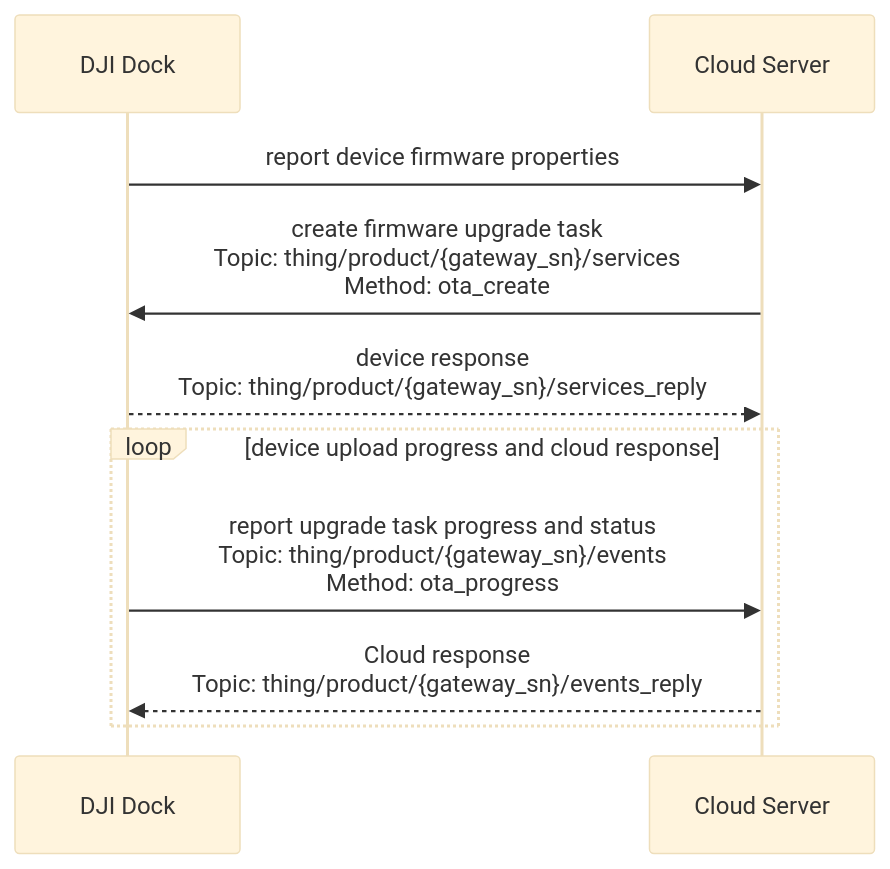
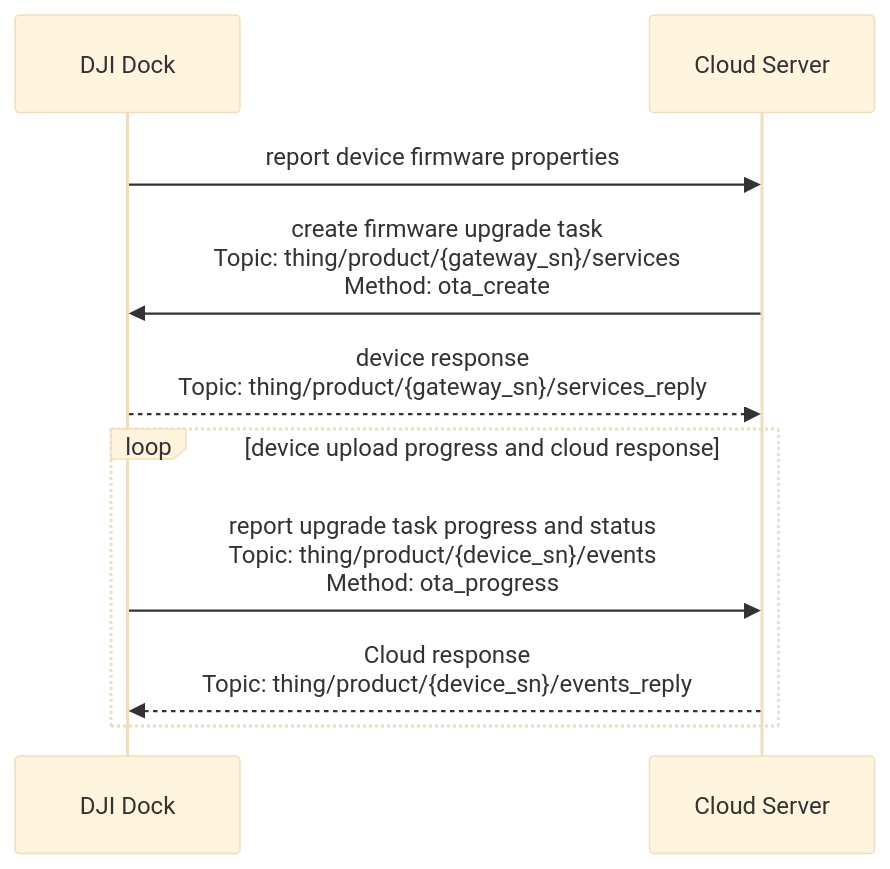
The diagram in docs/en/30.feature-set/20.dock-feature-set/80.firmware-upgrade.md (dji-sdk/Cloud-API-Doc), drawn with Mermaid (base theme) before and after one commit. The commit also changed 41 other files, not shown here.

`````diff
--- a/docs/en/30.feature-set/20.dock-feature-set/80.firmware-upgrade.md
+++ b/docs/en/30.feature-set/20.dock-feature-set/80.firmware-upgrade.md
@@ -15,18 +15,18 @@
 ````mermaid
 sequenceDiagram
 
 participant client as DJI Dock
 participant app_server as Cloud Server
 
 client ->> app_server : report device firmware properties
 
 app_server ->> client : create firmware upgrade task<br/>Topic: thing/product/{gateway_sn}/services<br/>Method: ota_create
 client -->> app_server : device response<br/>Topic: thing/product/{gateway_sn}/services_reply
 
 loop device upload progress and cloud response
 
-client ->> app_server : report upgrade task progress and status<br/>Topic: thing/product/{gateway_sn}/events<br/>Method: ota_progress
-app_server -->> client : Cloud response<br/>Topic: thing/product/{gateway_sn}/events_reply
+client ->> app_server : report upgrade task progress and status<br/>Topic: thing/product/{device_sn}/events<br/>Method: ota_progress
+app_server -->> client : Cloud response<br/>Topic: thing/product/{device_sn}/events_reply
 
 end
 ````
`````
